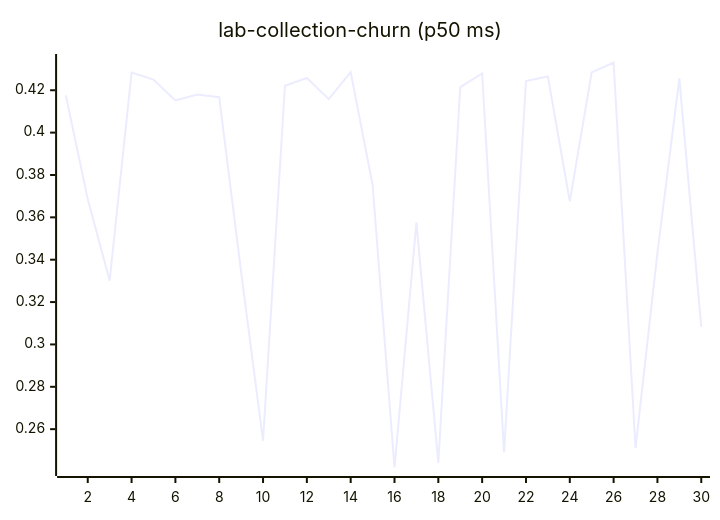
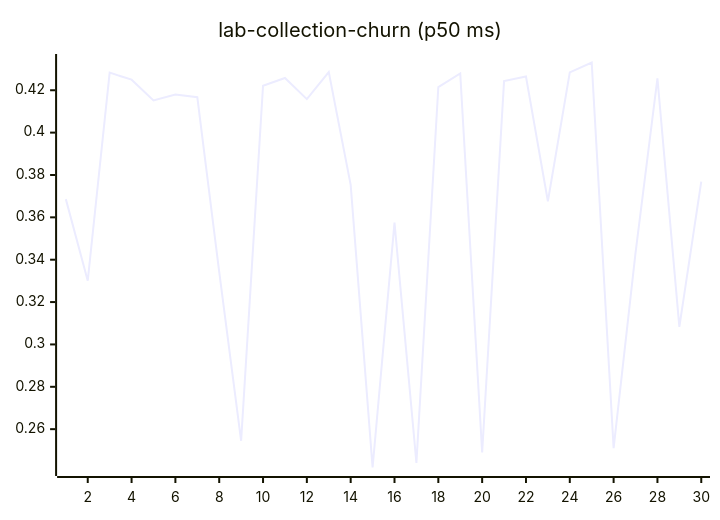
Before and after one commit to josha/Facet: diagram 11 of 27 in README.md, drawn with Mermaid. The commit also changed other lines of this file and 2 other files, not shown here.

````diff
--- a/README.md
+++ b/README.md
@@ -133,6 +133,6 @@
 ```mermaid
 xychart-beta
     title "lab-collection-churn (p50 ms)"
     x-axis 1 --> 30
-    line [0.4176, 0.3686, 0.3301, 0.4283, 0.4250, 0.4152, 0.4180, 0.4167, 0.3342, 0.2545, 0.4221, 0.4258, 0.4158, 0.4286, 0.3753, 0.2419, 0.3575, 0.2441, 0.4215, 0.4279, 0.2490, 0.4243, 0.4265, 0.3676, 0.4284, 0.4331, 0.2510, 0.3432, 0.4256, 0.3083]
+    line [0.3686, 0.3301, 0.4283, 0.4250, 0.4152, 0.4180, 0.4167, 0.3342, 0.2545, 0.4221, 0.4258, 0.4158, 0.4286, 0.3753, 0.2419, 0.3575, 0.2441, 0.4215, 0.4279, 0.2490, 0.4243, 0.4265, 0.3676, 0.4284, 0.4331, 0.2510, 0.3432, 0.4256, 0.3083, 0.3769]
 ```
````
